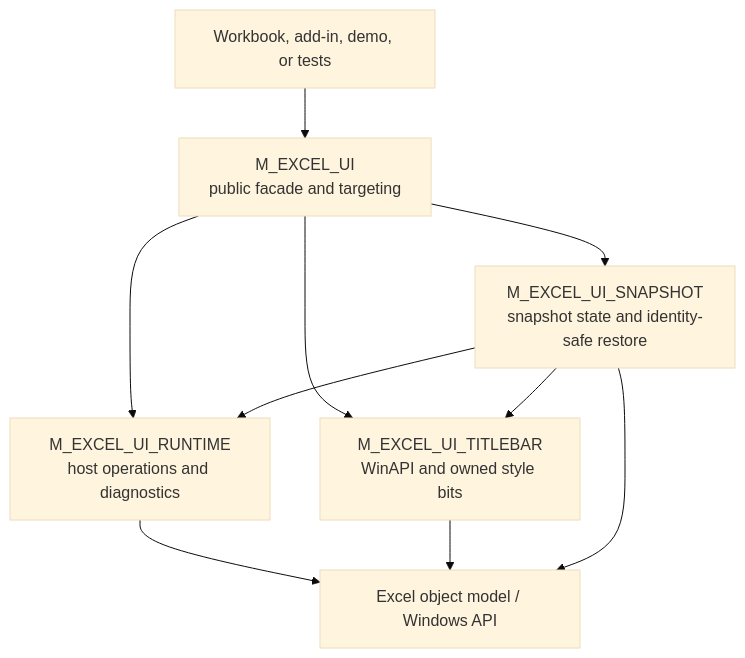
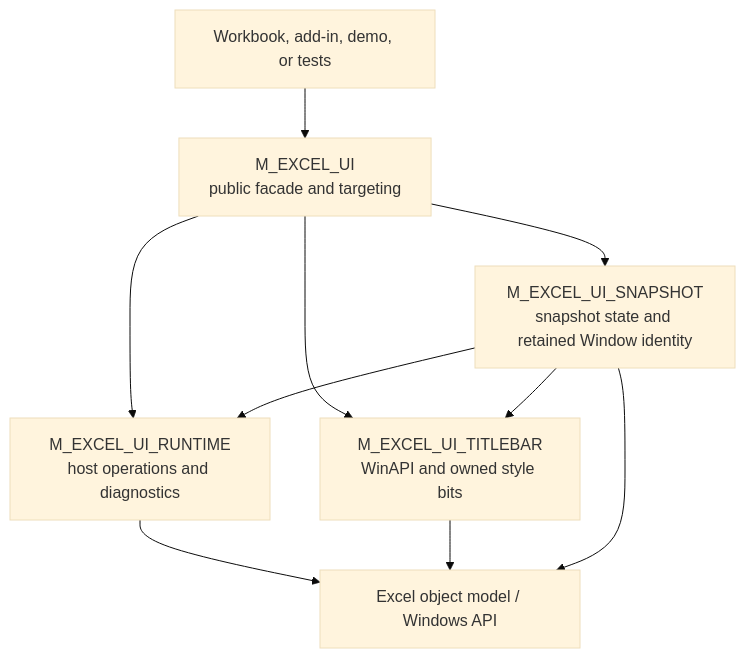
One commit to danielep71/VBA-EXCEL_UI changed the diagram in README.md. Above: the diagram before and after it, drawn with Mermaid (base theme). The commit also changed other lines of this file and 36 other files, not shown here.

````diff
--- a/README.md
+++ b/README.md
@@ -361,19 +381,19 @@
 ```mermaid
 flowchart TD
     CALLER[Workbook, add-in, demo, or tests]
     FACADE[M_EXCEL_UI<br/>public facade and targeting]
     RUNTIME[M_EXCEL_UI_RUNTIME<br/>host operations and diagnostics]
-    SNAPSHOT[M_EXCEL_UI_SNAPSHOT<br/>snapshot state and identity-safe restore]
+    SNAPSHOT[M_EXCEL_UI_SNAPSHOT<br/>snapshot state and retained Window identity]
     TITLEBAR[M_EXCEL_UI_TITLEBAR<br/>WinAPI and owned style bits]
     EXCEL[Excel object model / Windows API]
 
     CALLER --> FACADE
     FACADE --> RUNTIME
     FACADE --> SNAPSHOT
     FACADE --> TITLEBAR
     SNAPSHOT --> RUNTIME
     SNAPSHOT --> TITLEBAR
     RUNTIME --> EXCEL
     TITLEBAR --> EXCEL
     SNAPSHOT --> EXCEL
 ```
````
